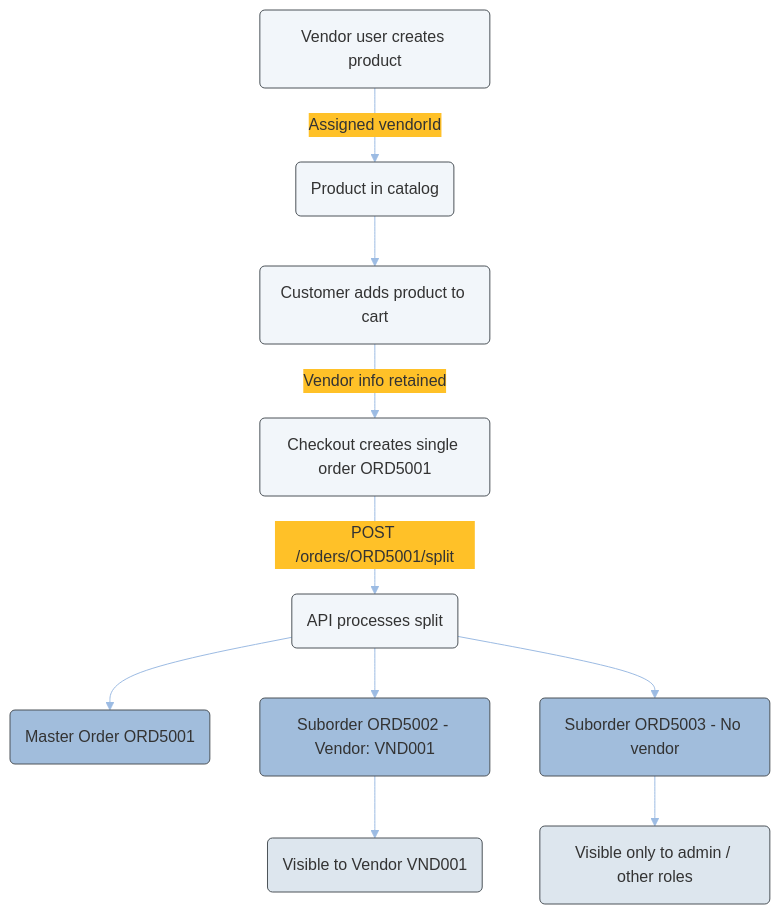
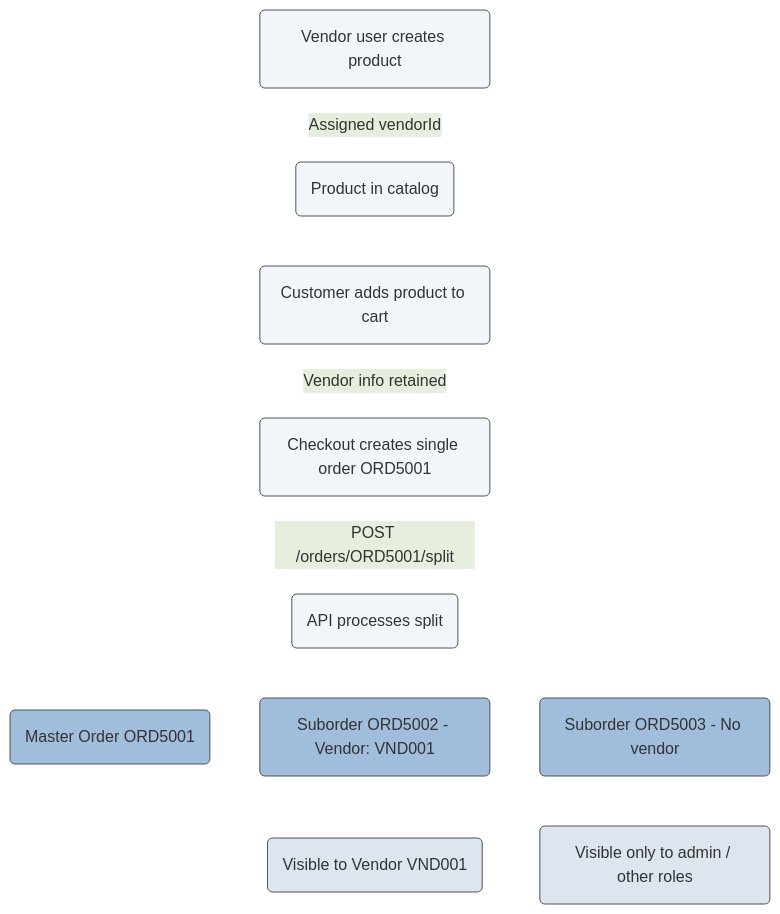
Before and after one commit to emporix/api-references: the diagram in companies-and-customers/vendor-service/vendor.md, drawn with Mermaid.

Commit message:
mermaid styling

````diff
--- a/companies-and-customers/vendor-service/vendor.md
+++ b/companies-and-customers/vendor-service/vendor.md
@@ -345,48 +345,49 @@
 ```mermaid
 ---
 config:
   layout: fixed
   theme: base
-  look: classic
   themeVariables:
-    background: transparent
-    lineColor: "#9CBBE3"
-    arrowheadColor: "#9CBBE3"
-    edgeLabelBackground: "#FFC128" 
-    edgeLabelTextColor: "#4C5359"
+    primaryColor: '#DDE6EE'
+    primaryBorderColor: '#4C5359'
+    actorBkg: '#DDE6EE'
+    actorBorder: '#4C5359'
+    actorLineColor: '#4C5359'
+    signalColor: '#E86C07'
+    background: transparent 
 ---
 flowchart TD
     A[Vendor user creates product] -->|Assigned vendorId| B[Product in catalog]
     B --> C[Customer adds product to cart]
     C -->|Vendor info retained| D[Checkout creates single order ORD5001]
     D -->|POST /orders/ORD5001/split| E[API processes split]
     E --> F[Master Order ORD5001]
     E --> G[Suborder ORD5002 - Vendor: VND001]
     E --> H[Suborder ORD5003 - No vendor]
     G --> I[Visible to Vendor VND001]
     H --> J[Visible only to admin / other roles]
       A@{ shape: rounded}
       B@{ shape: rounded}
       C@{ shape: rounded}
       D@{ shape: rounded}
       E@{ shape: rounded}
       F@{ shape: rounded}
       G@{ shape: rounded}
       H@{ shape: rounded}
       I@{ shape: rounded}
       J@{ shape: rounded}
       A:::Class_04
       B:::Class_04
       C:::Class_04
       D:::Class_04
       E:::Class_04
       F:::Class_01
       G:::Class_01
       H:::Class_01
       I:::Class_02
       J:::Class_02
     classDef Class_02 stroke-width:1px, stroke-dasharray: 0, stroke:#4C5359, fill:#DDE6EE
     classDef Class_01 stroke-width:1px, stroke-dasharray: 0, stroke:#4C5359, fill:#A1BDDC
     classDef Class_03 stroke-width:1px, stroke-dasharray: 0, stroke:#3b73bb, fill:#3b73bb
     classDef Class_04 fill:#F2F6FA, stroke:#4C5359
 ```
````
